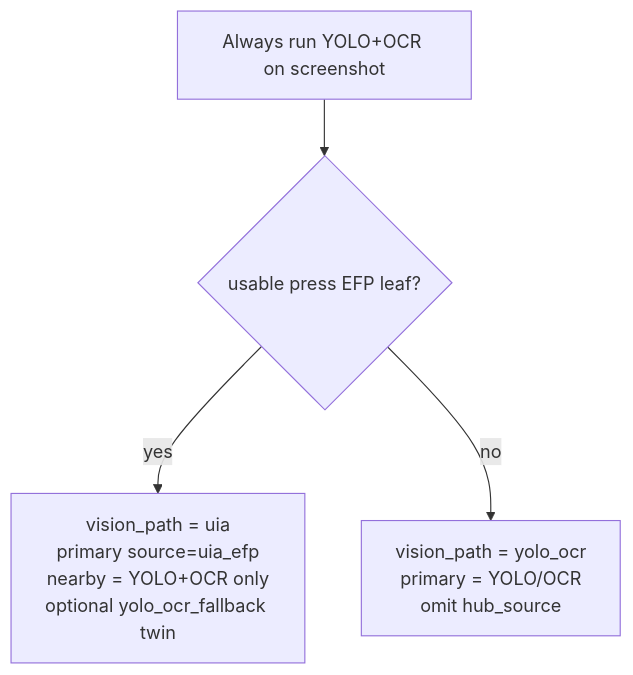
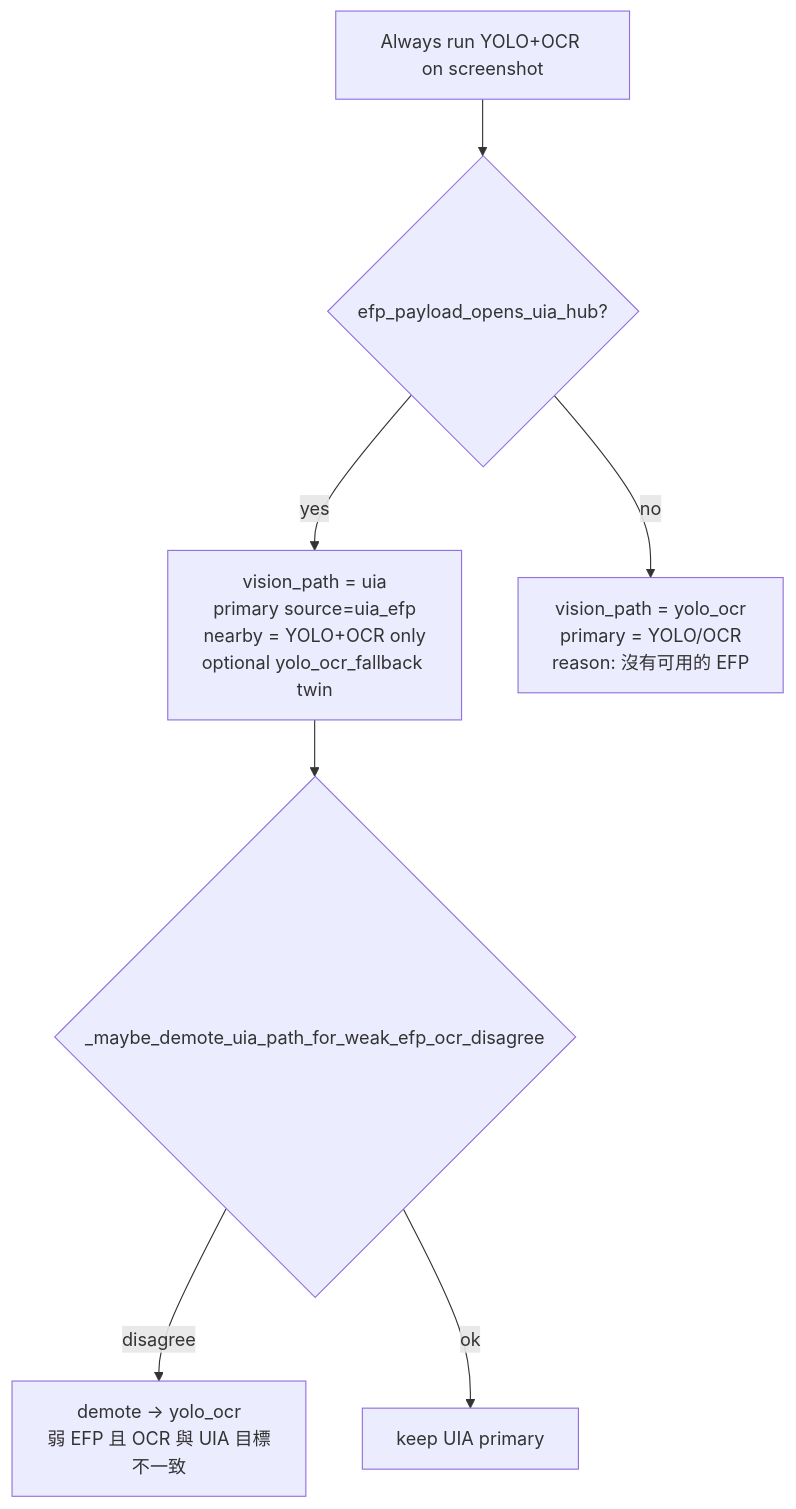
One commit to josephorng/QualityAssuranceAgent changed the fifth of 6 diagrams in docs/recording-flow.md. Above: the diagram before and after it, drawn with Mermaid. The commit also changed other lines of this file and 7 other files, not shown here.

First line of the commit message:
Skip uniqueness-grow on UIA EFP hubs to fix Excel analysis stalls.

````diff
--- a/docs/recording-flow.md
+++ b/docs/recording-flow.md
@@ -125,6 +131,9 @@
 ```mermaid
 flowchart TD
-  YOLO[Always run YOLO+OCR on screenshot] --> EFP{usable press EFP leaf?}
+  YOLO[Always run YOLO+OCR on screenshot] --> EFP{efp_payload_opens_uia_hub?}
   EFP -->|yes| UIA["vision_path = uia<br/>primary source=uia_efp<br/>nearby = YOLO+OCR only<br/>optional yolo_ocr_fallback twin"]
-  EFP -->|no| YO["vision_path = yolo_ocr<br/>primary = YOLO/OCR<br/>omit hub_source"]
+  EFP -->|no| YO["vision_path = yolo_ocr<br/>primary = YOLO/OCR<br/>reason: 沒有可用的 EFP"]
+  UIA --> Weak{_maybe_demote_uia_path_for_weak_efp_ocr_disagree}
+  Weak -->|disagree| YO2["demote → yolo_ocr<br/>弱 EFP 且 OCR 與 UIA 目標不一致"]
+  Weak -->|ok| Keep[keep UIA primary]
 ```
````
